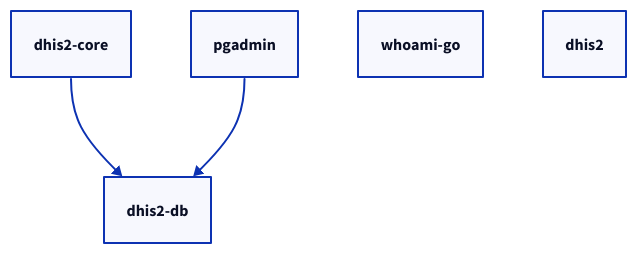
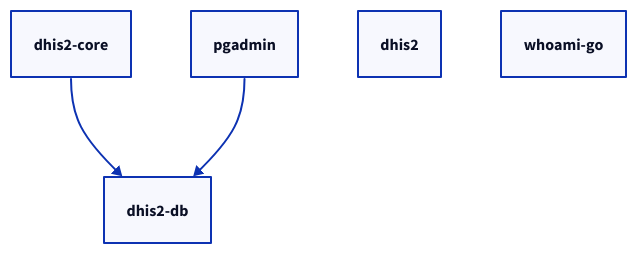
One commit to teleivo/dhis2-im-stacks-2.0 changed the diagram in draft/stacks.d2. Above: the diagram before and after it, drawn with D2. The commit also changed other lines of this file and 4 other files, not shown here.

```diff
--- a/draft/stacks.d2
+++ b/draft/stacks.d2
@@ -1,6 +1,6 @@
 dhis2-core -> dhis2-db
 pgadmin -> dhis2-db
-whoami-go
 dhis2-core
 pgadmin
 dhis2
+whoami-go
```
